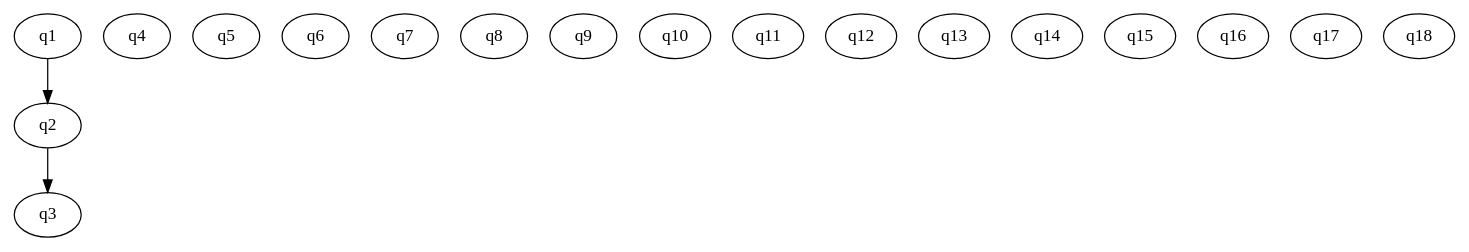
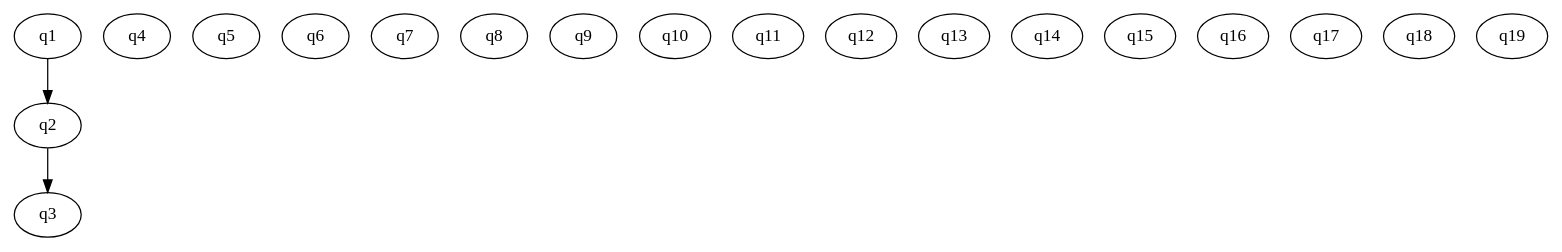
One commit to cdurden/algebra742 changed the diagram in algebra742live/content/question_digraphs/ch5.dot. Above: the diagram before and after it, drawn with Graphviz.

Commit message:
CompleteTableQuestion

```diff
--- a/algebra742live/content/question_digraphs/ch5.dot
+++ b/algebra742live/content/question_digraphs/ch5.dot
@@ -1,23 +1,23 @@
 digraph ch5 {
   start=q1;
   q1 [class="Question.SolutionQuestion",params="{'statement': 'x+3>70'}"];
   q2 [class="Question.SolutionQuestion",params="{'statement': 'x+3<70'}"];
   q3 [class="Question.SolutionQuestion",params="{'statement': '5x<2'}"];
   q4 [class="Question.SolutionQuestion",params="{'statement': '-5x<2'}"];
   q5 [class="Question.NonSolutionQuestion",params="{'statement': 'x+3>70'}"];
   q6 [class="Question.NonSolutionQuestion",params="{'statement': 'x+3<70'}"];
   q7 [class="Question.NonSolutionQuestion",params="{'statement': '5x<2'}"];
   q8 [class="Question.NonSolutionQuestion",params="{'statement': '-5x<2'}"];
   q9 [class="Question.SolutionQuestion",params="{'statement': '-3x>18'}"];
   q10 [class="Question.OpenEndedQuestion",params="{'Question': 'How are the solutions to the inequality $-3x \\ge 18$ different from the solutions to $-3x>18$? Explain your reasoning.'}"];
   q11 [class="Question.AsyGraphicsDrawingQuestion",params="{'template': 'NumberLine.asy', 'min':'-8', 'max':'8', 'Question': 'Where are $-5$ and $2$ relative to each other?'}"];
   q12 [class="Question.DotGraphicsQuestion",params="{'template': 'ch5.dot'}"];
   q13 [class="Question.MultiPartQuestion",params="{'parts': [{'class':'Question.SolutionQuestion', 'params': {'statement': 'x+3>70'}}, {'class':'Question.SolutionQuestion', 'params': {'statement': 'x+3<70'}}, {'class':'Question.SolutionQuestion', 'params': {'statement': '5x<2'}}, {'class':'Question.SolutionQuestion', 'params': {'statement': '-5x<2'}}]}"];
   q14 [class="Question.AsyGraphicsQuestion",params="{'template': 'NumberLine.asy', 'min':'-3', 'max':'8', 'Question': ''}"];
   q15 [class="Question.AsyGraphicsQuestion",params="{'template': 'NumberLine.asy', 'min':'-3', 'max':'20', 'Question': ''}"];
   q16 [class="Question.AsyGraphicsQuestion",params="{'template': 'NumberLine.asy', 'min':'-3', 'max':'10', 'Question': ''}"];
   q17 [class="Question.DrawingQuestion",params="{'background_image_url': '/static/images/NumberLineNoLabels.png','Question': 'Graph the solutions to the inequality $-x \\geq -4$ on the number line:'}"];
   q18 [class="Question.CompleteTableQuestion",params="{'csv': 'a,b,c\n1,[2],3\n4,[5],6\n','Question': 'Complete the table','transpose_display': 'True'}"];
-  q18 [class="Question.CompleteTableQuestion",params="{'csv': '$x$,$-x$,True or false: $-x \geq -4$\n3,[-3],[True]\n-3,[3],[True]\n3,[-4],[True]\n-4,[4],[True]\n4.001,[-4.001],[False]\n-4.001,[4.001],[True]\n','Question': 'Complete the table','transpose_display': 'True'}"];
+  q19 [class="Question.CompleteTableQuestion",params="{'csv': '$x$,$-x$,True or false: $-x \geq -4$\n3,[-3],[True]\n-3,[3],[True]\n3,[-4],[True]\n-4,[4],[True]\n4.001,[-4.001],[False]\n-4.001,[4.001],[True]\n','Question': 'Complete the table','transpose_display': 'True'}"];
   q1 -> q2 -> q3;
 }
```
